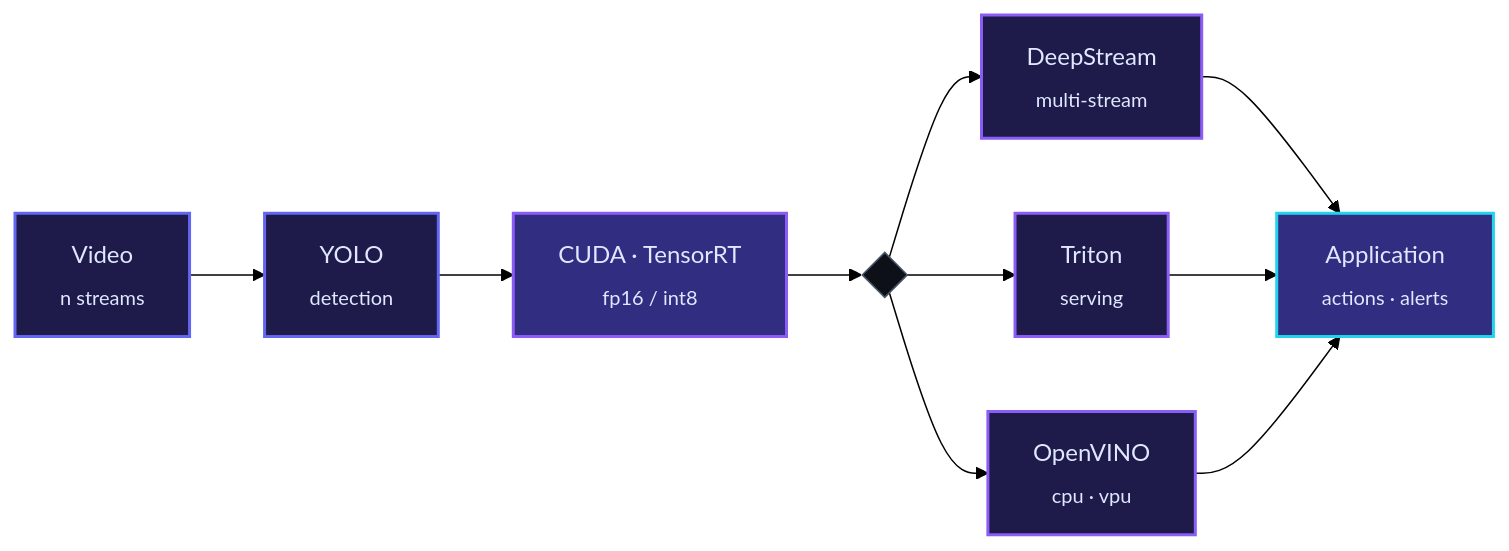
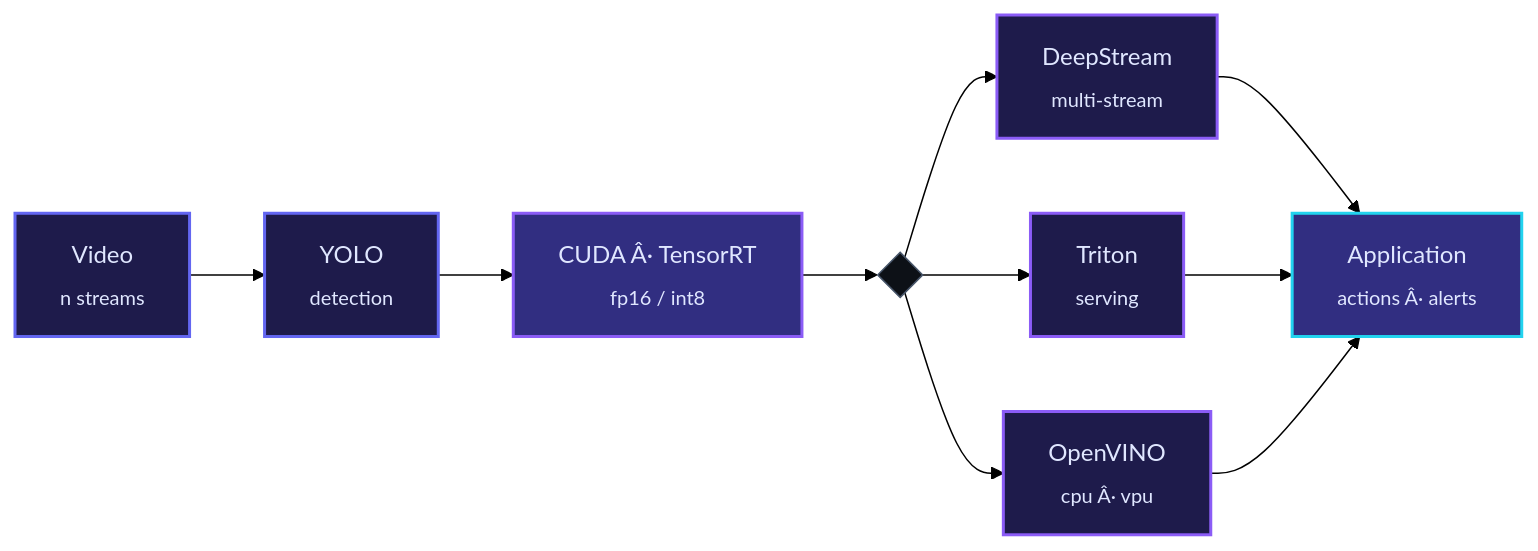
Before and after one commit to rugvedjalit/rugvedjalit: the diagram in README.md, drawn with Mermaid (forest theme). The commit also changed other lines of this file and 2 other files, not shown here.

````diff
--- a/README.md
+++ b/README.md
@@ -182,21 +182,21 @@
 ```mermaid
 flowchart LR
     A["Video<br/><sub>n streams</sub>"] --> B["YOLO<br/><sub>detection</sub>"]
-    B --> C["CUDA · TensorRT<br/><sub>fp16 / int8</sub>"]
+    B --> C["CUDA Â· TensorRT<br/><sub>fp16 / int8</sub>"]
     C --> D{" "}
     D --> E["DeepStream<br/><sub>multi-stream</sub>"]
     D --> F["Triton<br/><sub>serving</sub>"]
-    D --> G["OpenVINO<br/><sub>cpu · vpu</sub>"]
-    E --> H["Application<br/><sub>actions · alerts</sub>"]
+    D --> G["OpenVINO<br/><sub>cpu Â· vpu</sub>"]
+    E --> H["Application<br/><sub>actions Â· alerts</sub>"]
     F --> H
     G --> H
 
     style A fill:#1E1B4B,stroke:#6366F1,stroke-width:2px,color:#E0E7FF
     style B fill:#1E1B4B,stroke:#6366F1,stroke-width:2px,color:#E0E7FF
     style C fill:#312E81,stroke:#8B5CF6,stroke-width:2px,color:#E0E7FF
     style D fill:#0D1117,stroke:#475569,stroke-width:1px,color:#94A3B8
     style E fill:#1E1B4B,stroke:#8B5CF6,stroke-width:2px,color:#E0E7FF
     style F fill:#1E1B4B,stroke:#8B5CF6,stroke-width:2px,color:#E0E7FF
     style G fill:#1E1B4B,stroke:#8B5CF6,stroke-width:2px,color:#E0E7FF
     style H fill:#312E81,stroke:#22D3EE,stroke-width:2px,color:#E0E7FF
 ```
````
